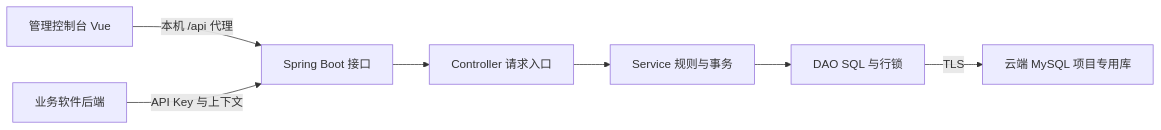
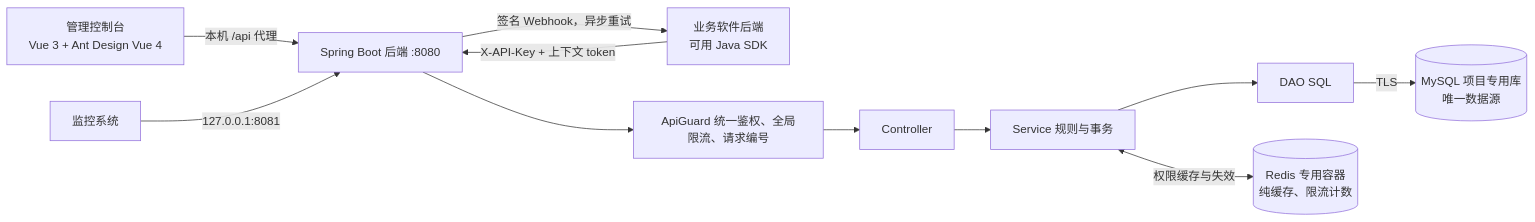
One commit to JiuQi79-BOT/MelonHub changed the diagram in doc/ARCHITECTURE.md. Above: the diagram before and after it, drawn with Mermaid. The commit also changed other lines of this file and 5 other files, not shown here.

````diff
--- a/doc/ARCHITECTURE.md
+++ b/doc/ARCHITECTURE.md
@@ -5,9 +5,13 @@
 ```mermaid
 flowchart LR
-    A[管理控制台 Vue] -->|本机 /api 代理| B[Spring Boot 接口]
-    C[业务软件后端] -->|API Key 与上下文| B
-    B --> D[Controller 请求入口]
+    A[管理控制台<br/>Vue 3 + Ant Design Vue 4] -->|本机 /api 代理| B[Spring Boot 后端 :8080]
+    C[业务软件后端<br/>可用 Java SDK] -->|X-API-Key + 上下文 token| B
+    B --> G[ApiGuard 统一鉴权、全局限流、请求编号]
+    G --> D[Controller]
     D --> E[Service 规则与事务]
-    E --> F[DAO SQL 与行锁]
-    F -->|TLS| G[云端 MySQL 项目专用库]
+    E --> F[DAO SQL]
+    F -->|TLS| M[(MySQL 项目专用库<br/>唯一数据源)]
+    E <-->|权限缓存与失效| R[(Redis 专用容器<br/>纯缓存、限流计数)]
+    B -->|签名 Webhook，异步重试| C
+    P[监控系统] -->|127.0.0.1:8081| B
 ```
````
